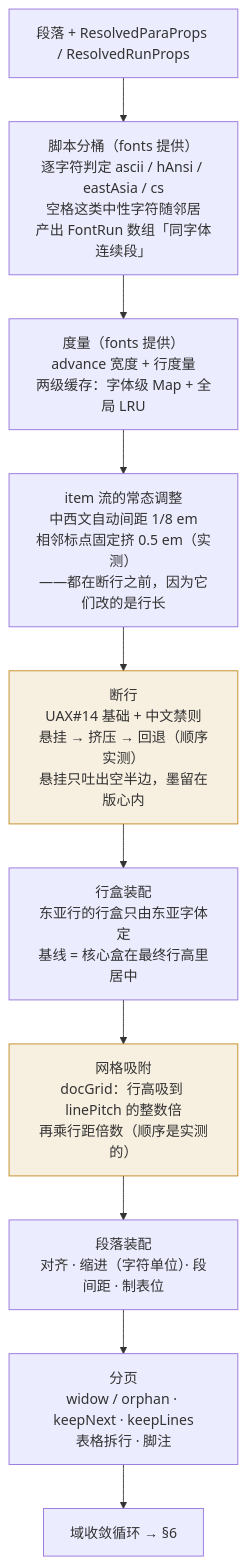
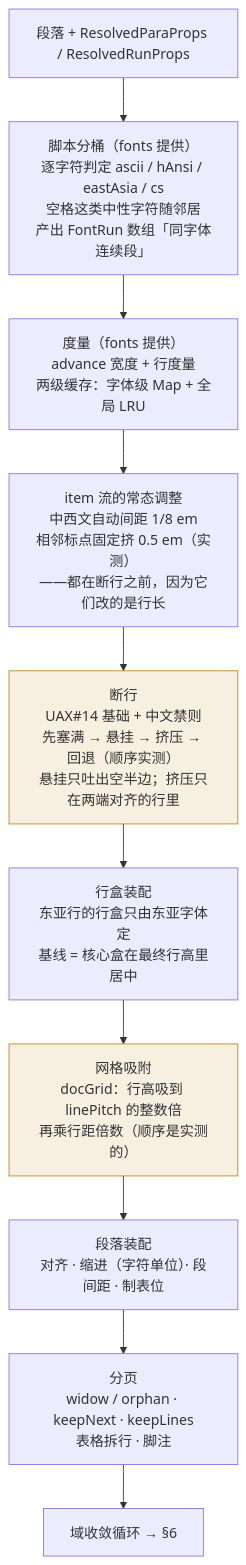
The fourth of 7 diagrams in docs/architecture.md (shedan9/ultimate-word-js), drawn with Mermaid before and after one commit. The commit also changed other lines of this file and 19 other files, not shown here.

````diff
--- a/docs/architecture.md
+++ b/docs/architecture.md
@@ -263,16 +263,16 @@
 ```mermaid
 flowchart TB
   A["段落 + ResolvedParaProps / ResolvedRunProps"] --> B
   B["脚本分桶（fonts 提供）<br/>逐字符判定 ascii / hAnsi / eastAsia / cs<br/>空格这类中性字符随邻居<br/>产出 FontRun 数组「同字体连续段」"] --> C
   C["度量（fonts 提供）<br/>advance 宽度 + 行度量<br/>两级缓存：字体级 Map + 全局 LRU"] --> C2
   C2["item 流的常态调整<br/>中西文自动间距 1/8 em<br/>相邻标点固定挤 0.5 em（实测）<br/>——都在断行之前，因为它们改的是行长"] --> D
-  D["断行<br/>UAX#14 基础 + 中文禁则<br/>悬挂 → 挤压 → 回退（顺序实测）<br/>悬挂只吐出空半边，墨留在版心内"] --> E
+  D["断行<br/>UAX#14 基础 + 中文禁则<br/>先塞满 → 悬挂 → 挤压 → 回退（顺序实测）<br/>悬挂只吐出空半边；挤压只在两端对齐的行里"] --> E
   E["行盒装配<br/>东亚行的行盒只由东亚字体定<br/>基线 = 核心盒在最终行高里居中"] --> F
   F["网格吸附<br/>docGrid：行高吸到 linePitch 的整数倍<br/>再乘行距倍数（顺序是实测的）"] --> G
   G["段落装配<br/>对齐 · 缩进（字符单位）· 段间距 · 制表位"] --> H
   H["分页<br/>widow / orphan · keepNext · keepLines<br/>表格拆行 · 脚注"] --> I
   I["域收敛循环 → §6"]
 
   style D fill:#bf871922,stroke:#bf8719
   style F fill:#bf871922,stroke:#bf8719
 ```
````
